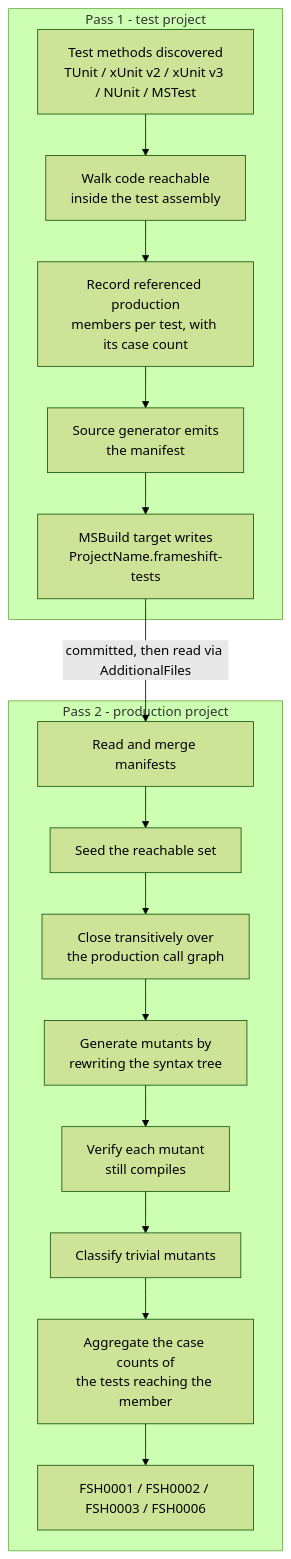
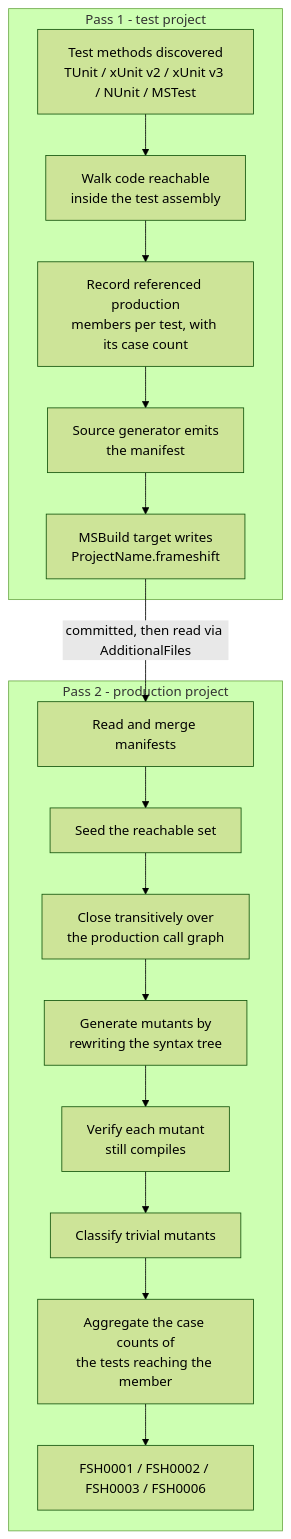
Before and after one commit to dailydevops/frameshift: the diagram in src/NetEvolve.FrameShift/README.md, drawn with Mermaid (forest theme). The commit also changed other lines of this file and 12 other files, not shown here.

````diff
--- a/src/NetEvolve.FrameShift/README.md
+++ b/src/NetEvolve.FrameShift/README.md
@@ -269,21 +269,21 @@
 ```mermaid
 flowchart TD
     subgraph pass1["Pass 1 - test project"]
         A["Test methods discovered<br/>TUnit / xUnit v2 / xUnit v3 / NUnit / MSTest"] --> B["Walk code reachable<br/>inside the test assembly"]
         B --> C["Record referenced production<br/>members per test, with its case count"]
         C --> D["Source generator emits<br/>the manifest"]
-        D --> E["MSBuild target writes<br/>ProjectName.frameshift-tests"]
+        D --> E["MSBuild target writes<br/>ProjectName.frameshift"]
     end
 
     E -->|"committed, then read via AdditionalFiles"| F
 
     subgraph pass2["Pass 2 - production project"]
         F["Read and merge manifests"] --> G["Seed the reachable set"]
         G --> H["Close transitively over<br/>the production call graph"]
         H --> I["Generate mutants by<br/>rewriting the syntax tree"]
         I --> J["Verify each mutant<br/>still compiles"]
         J --> K["Classify trivial mutants"]
         K --> M["Aggregate the case counts of<br/>the tests reaching the member"]
         M --> L["FSH0001 / FSH0002 / FSH0003 / FSH0006"]
     end
 ```
````
